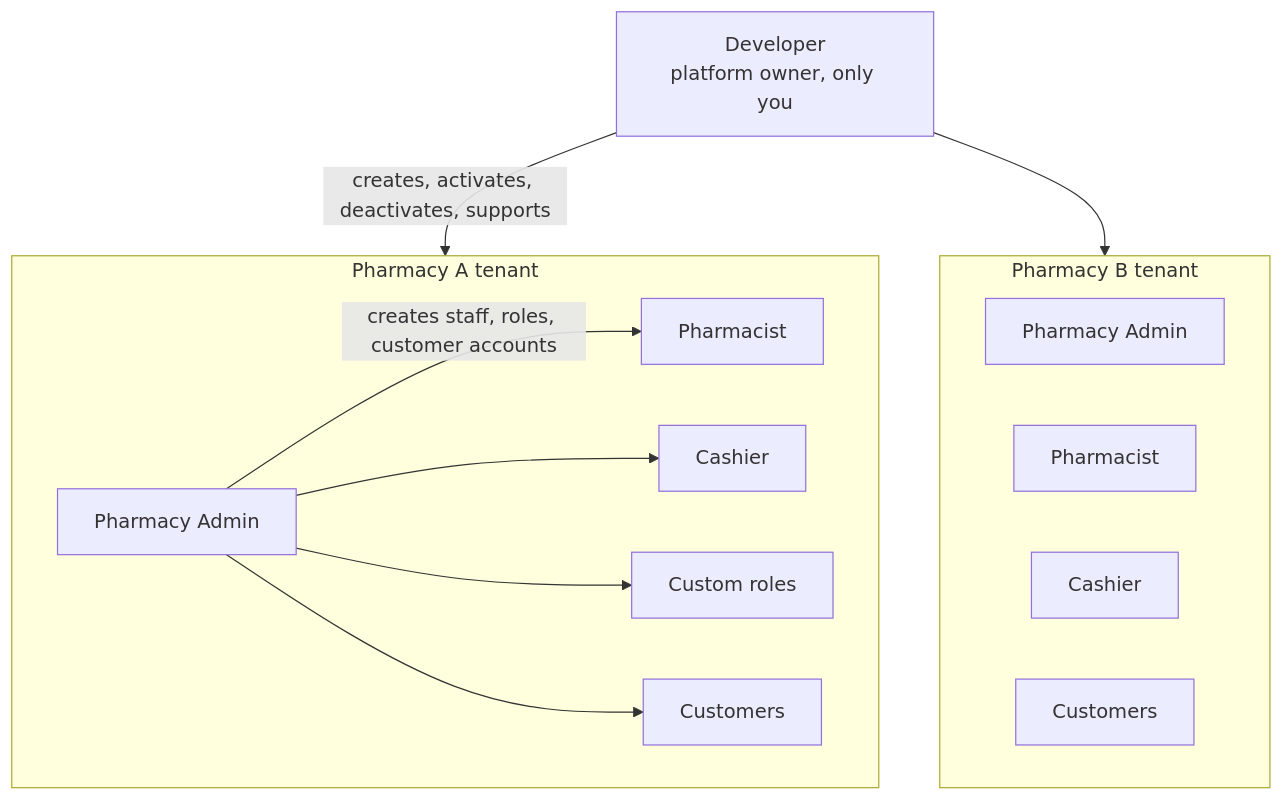
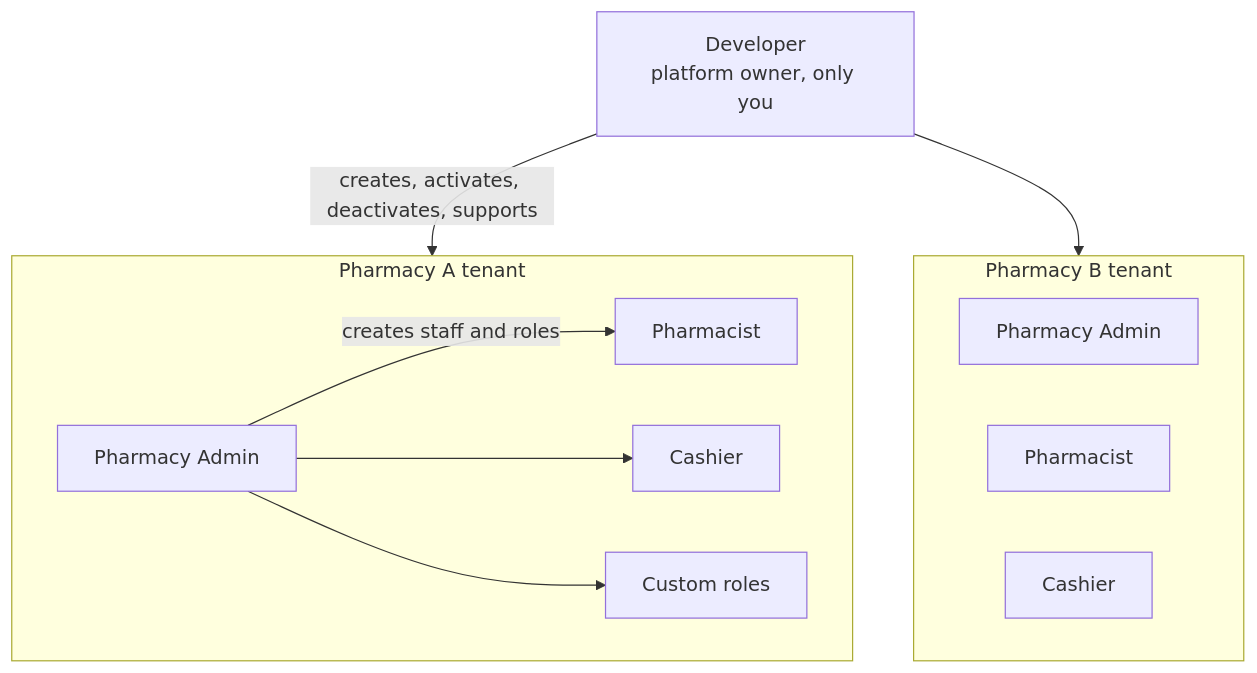
The fourth of 8 diagrams in docs/plan/02-architecture.md (sudais-khalid/pharmacy-crm), drawn with Mermaid before and after one commit. The commit also changed other lines of this file, not shown here.

First line of the commit message:
Make stock entry a core flow and remove customer portal design

````diff
--- a/docs/plan/02-architecture.md
+++ b/docs/plan/02-architecture.md
@@ -166,23 +163,20 @@
 ```mermaid
 flowchart TB
   dev[Developer<br/>platform owner, only you]
   subgraph ph1[Pharmacy A tenant]
     a1[Pharmacy Admin]
     p1[Pharmacist]
     c1[Cashier]
     r1[Custom roles]
-    cu1[Customers]
   end
   subgraph ph2[Pharmacy B tenant]
     a2[Pharmacy Admin]
     p2[Pharmacist]
     c2[Cashier]
-    cu2[Customers]
   end
   dev -->|creates, activates, deactivates, supports| ph1
   dev --> ph2
-  a1 -->|creates staff, roles, customer accounts| p1
+  a1 -->|creates staff and roles| p1
   a1 --> c1
   a1 --> r1
-  a1 --> cu1
 ```
````
